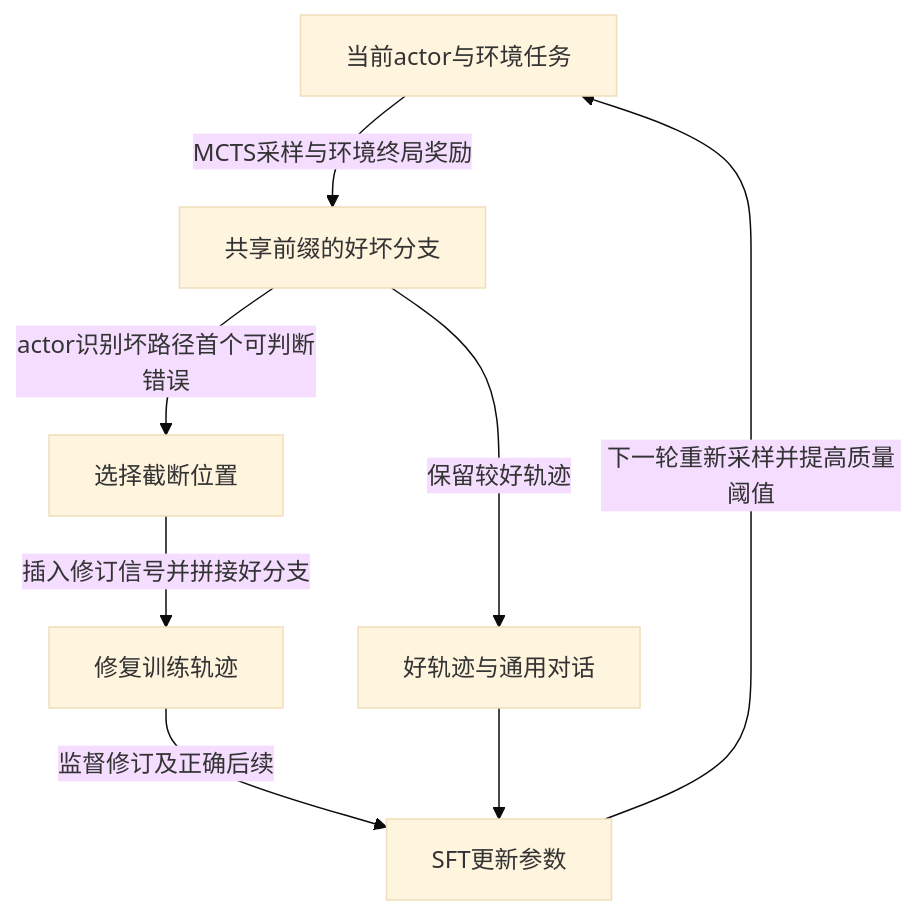
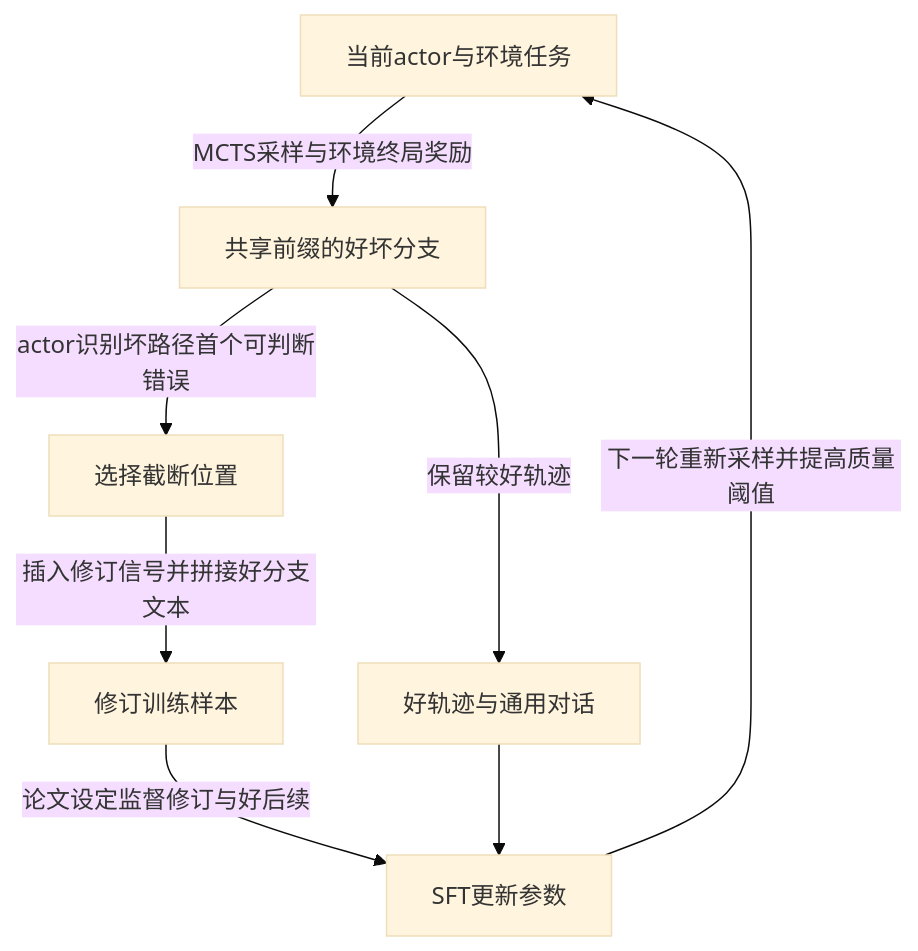
One commit to Westlife-Engineering/Long-Horizon-Agents changed the diagram in wiki/papers/Agent-R.md. Above: the diagram before and after it, drawn with Mermaid (base theme). The commit also changed other lines of this file and 18 other files, not shown here.

````diff
--- a/wiki/papers/Agent-R.md
+++ b/wiki/papers/Agent-R.md
@@ -33,10 +46,10 @@
 ```mermaid
 flowchart TD
  A[当前actor与环境任务] -->|MCTS采样与环境终局奖励| B[共享前缀的好坏分支]
  B -->|actor识别坏路径首个可判断错误| C[选择截断位置]
- C -->|插入修订信号并拼接好分支| D[修复训练轨迹]
+ C -->|插入修订信号并拼接好分支文本| D[修订训练样本]
  B -->|保留较好轨迹| E[好轨迹与通用对话]
- D -->|监督修订及正确后续| F[SFT更新参数]
+ D -->|论文设定监督修订与好后续| F[SFT更新参数]
  E --> F
  F -->|下一轮重新采样并提高质量阈值| A
 ```
````
